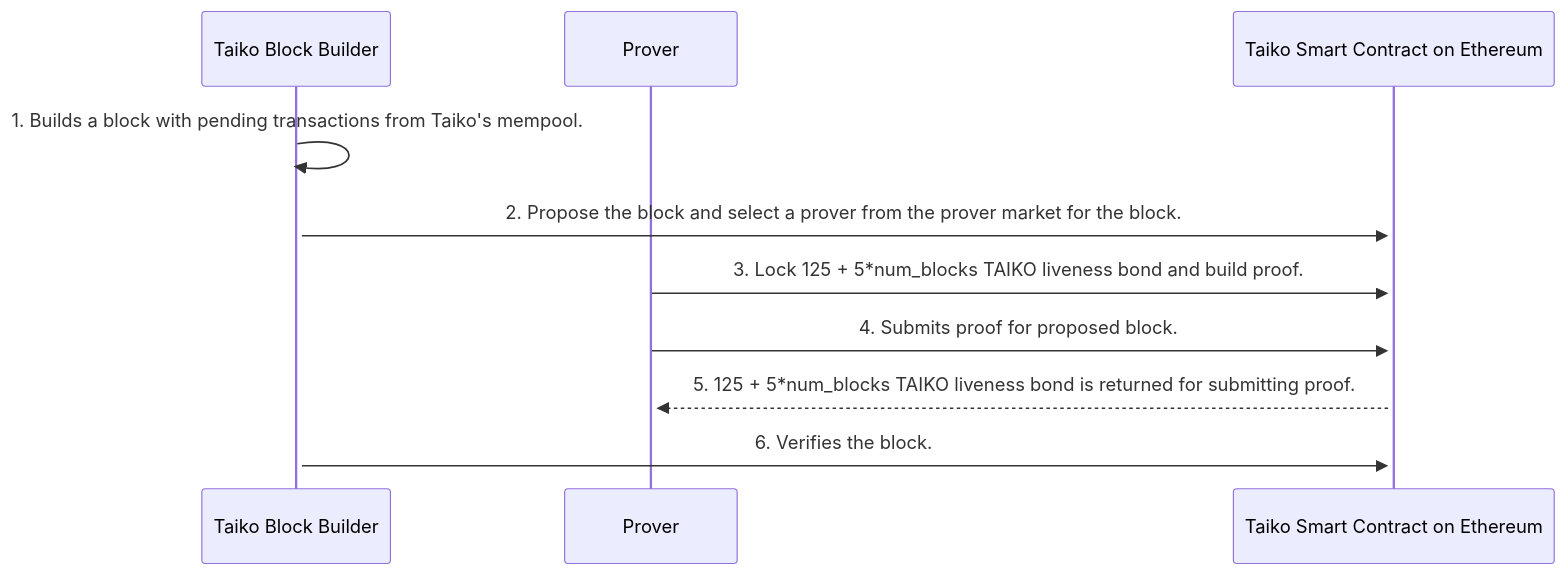
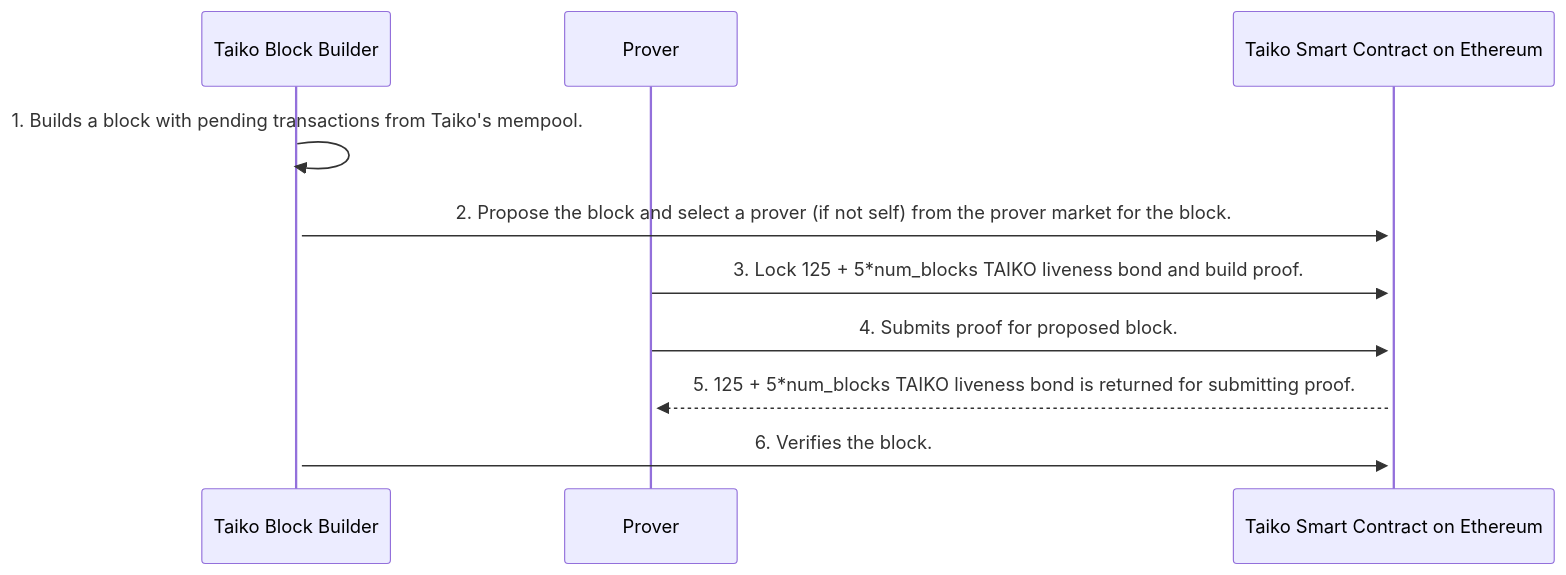
The diagram in high-level.MD (fahimahmedx/taiko-block-building), drawn with Mermaid before and after one commit.

Commit message:
prover selection fix

````diff
--- a/high-level.MD
+++ b/high-level.MD
@@ -1,14 +1,14 @@
 ```mermaid
 sequenceDiagram
 participant Taiko Block Builder
 participant Prover
 participant Taiko Smart Contract on Ethereum
 
 
 Taiko Block Builder->>+Taiko Block Builder: 1. Builds a block with pending transactions from Taiko's mempool.
-Taiko Block Builder->>+Taiko Smart Contract on Ethereum: 2. Propose the block and select a prover from the prover market for the block.
+Taiko Block Builder->>+Taiko Smart Contract on Ethereum: 2. Propose the block and select a prover (if not self) from the prover market for the block.
 Prover->>+Taiko Smart Contract on Ethereum: 3. Lock 125 + 5*num_blocks TAIKO liveness bond and build proof.
 Prover->>+Taiko Smart Contract on Ethereum: 4. Submits proof for proposed block.
 Taiko Smart Contract on Ethereum-->>+Prover: 5. 125 + 5*num_blocks TAIKO liveness bond is returned for submitting proof.
 Taiko Block Builder->>+Taiko Smart Contract on Ethereum: 6. Verifies the block.
 ```
````
